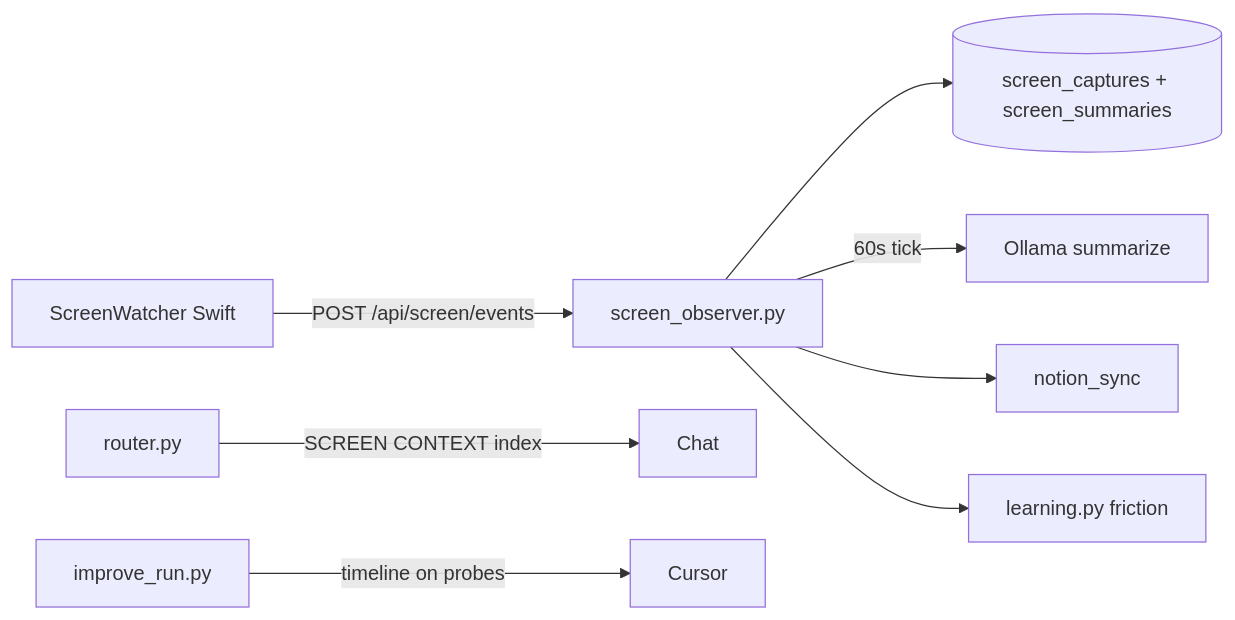
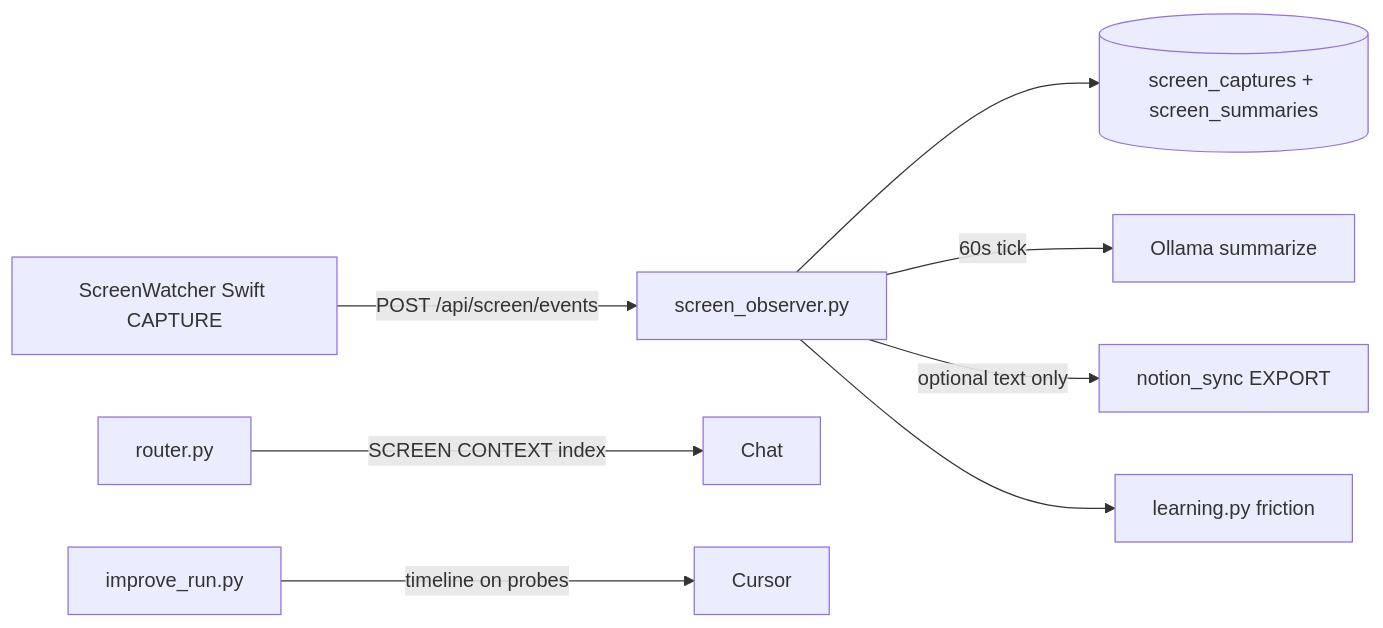
One commit to arsenijfreimanis1-hub/cursor-hackathon-thehague changed the sixth of 6 diagrams in docs/SYSTEMS_MAP.md. Above: the diagram before and after it, drawn with Mermaid. The commit also changed other lines of this file and 317 other files, not shown here.

````diff
--- a/docs/SYSTEMS_MAP.md
+++ b/docs/SYSTEMS_MAP.md
@@ -387,10 +394,10 @@
 ```mermaid
 flowchart LR
-  Helper[ScreenWatcher Swift] -->|POST /api/screen/events| Observer[screen_observer.py]
+  Capture[ScreenWatcher Swift CAPTURE] -->|POST /api/screen/events| Observer[screen_observer.py]
   Observer --> SQLite[(screen_captures + screen_summaries)]
   Observer -->|60s tick| Ollama[Ollama summarize]
-  Observer --> Notion[notion_sync]
+  Observer -->|optional text only| Notion[notion_sync EXPORT]
   Observer --> Learning[learning.py friction]
   Router[router.py] -->|SCREEN CONTEXT index| Chat
   Improve[improve_run.py] -->|timeline on probes| Cursor
 ```
````
